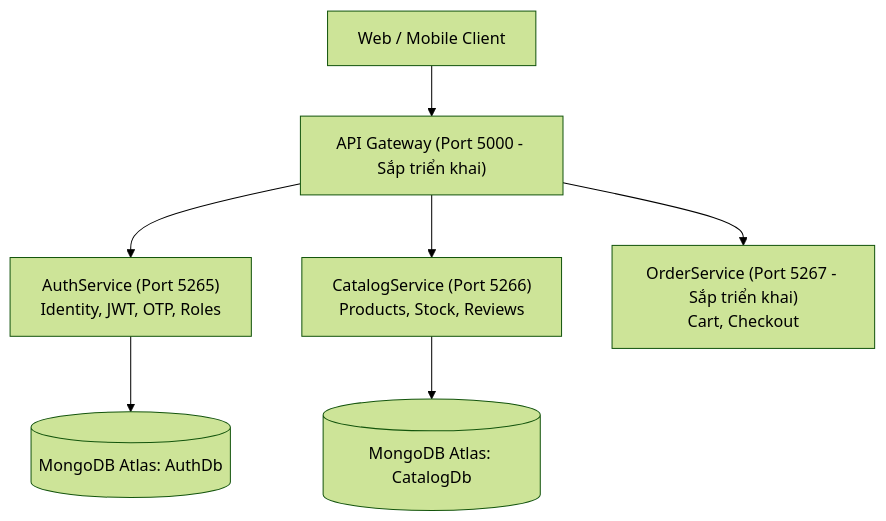
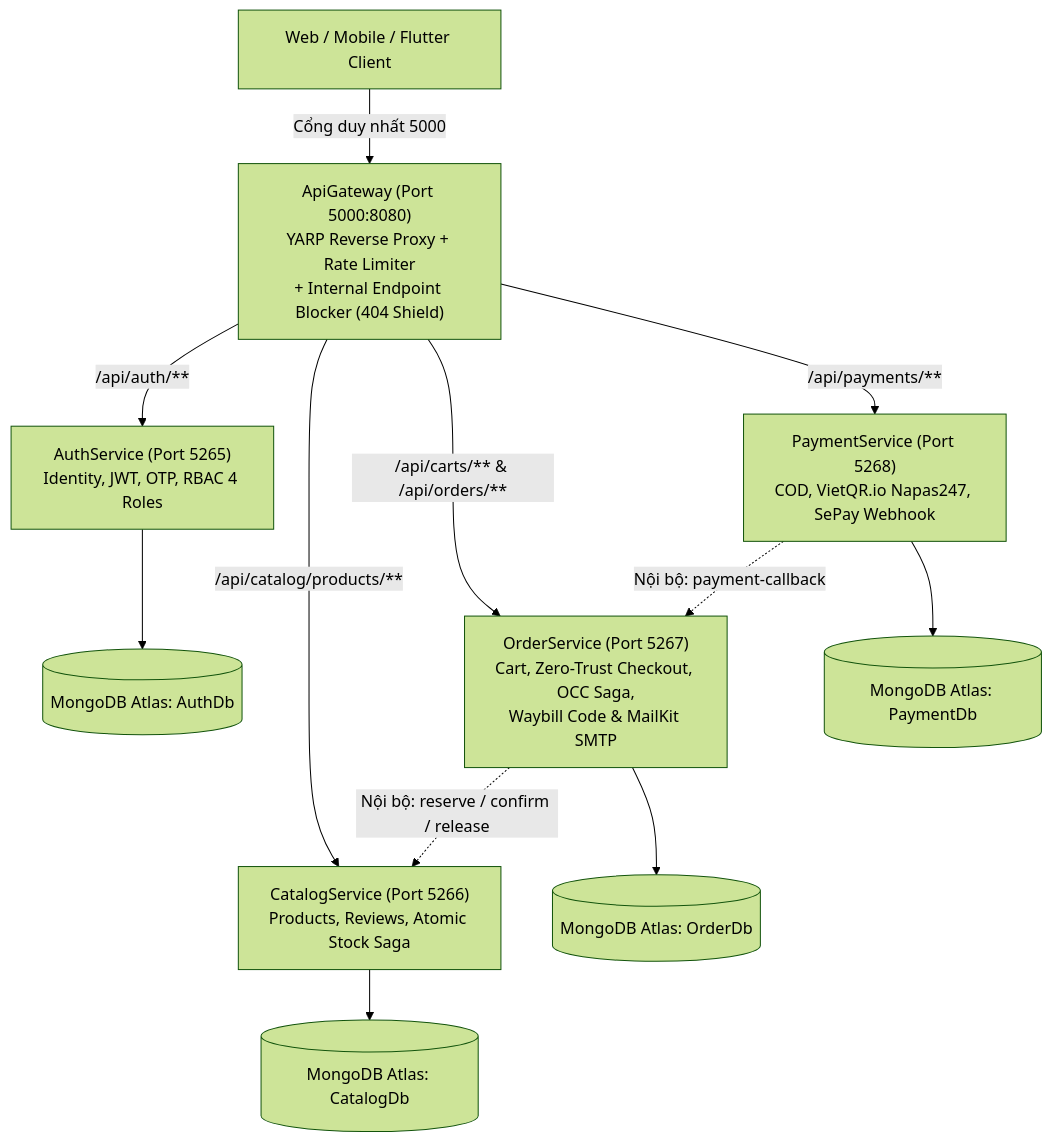
One commit to duonglthe186124/Project-Services changed the diagram in README.md. Above: the diagram before and after it, drawn with Mermaid (forest theme). The commit also changed other lines of this file and 12 other files, not shown here.

Commit message:
feat(api-gateway): implement YARP ApiGateway with InternalEndpointBlocker, Docker Compose, README & CI

````diff
--- a/README.md
+++ b/README.md
@@ -9,10 +9,17 @@
 ```mermaid
 flowchart TD
-    Client["Web / Mobile Client"] --> Gateway["API Gateway (Port 5000 - Sắp triển khai)"]
-    Gateway --> Auth["AuthService (Port 5265)<br/>Identity, JWT, OTP, Roles"]
-    Gateway --> Catalog["CatalogService (Port 5266)<br/>Products, Stock, Reviews"]
-    Gateway --> Order["OrderService (Port 5267 - Sắp triển khai)<br/>Cart, Checkout"]
+    Client["Web / Mobile / Flutter Client"] -->|Cổng duy nhất 5000| Gateway["ApiGateway (Port 5000:8080)<br/>YARP Reverse Proxy + Rate Limiter<br/>+ Internal Endpoint Blocker (404 Shield)"]
+
+    Gateway -->|"/api/auth/**"| Auth["AuthService (Port 5265)<br/>Identity, JWT, OTP, RBAC 4 Roles"]
+    Gateway -->|"/api/catalog/products/**"| Catalog["CatalogService (Port 5266)<br/>Products, Reviews, Atomic Stock Saga"]
+    Gateway -->|"/api/carts/** & /api/orders/**"| Order["OrderService (Port 5267)<br/>Cart, Zero-Trust Checkout, OCC Saga,<br/>Waybill Code & MailKit SMTP"]
+    Gateway -->|"/api/payments/**"| Payment["PaymentService (Port 5268)<br/>COD, VietQR.io Napas247, SePay Webhook"]
+
+    Order -.->|"Nội bộ: reserve / confirm / release"| Catalog
+    Payment -.->|"Nội bộ: payment-callback"| Order
 
     Auth --> AuthDb[("MongoDB Atlas: AuthDb")]
     Catalog --> CatalogDb[("MongoDB Atlas: CatalogDb")]
+    Order --> OrderDb[("MongoDB Atlas: OrderDb")]
+    Payment --> PaymentDb[("MongoDB Atlas: PaymentDb")]
 ```
````
